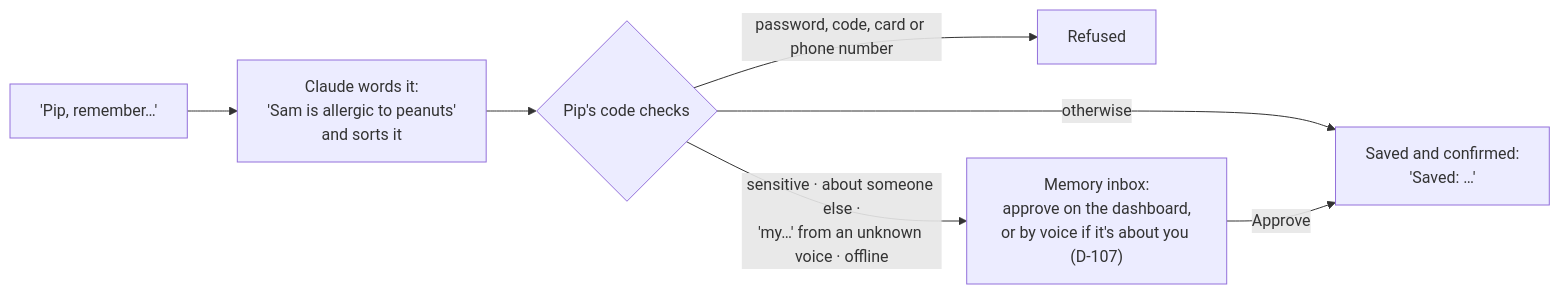
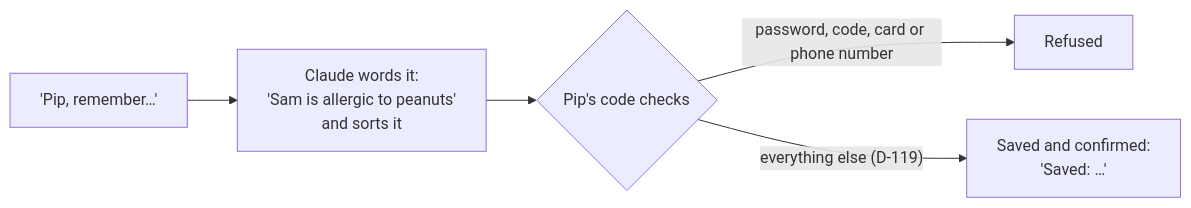
Before and after one commit to LandenHeine17/pip: the second of 9 diagrams in docs/PIP-SPEC.md, drawn with Mermaid. The commit also changed other lines of this file and 8 other files, not shown here.

First line of the commit message:
Every memory is saved straight away (D-119)

````diff
--- a/docs/PIP-SPEC.md
+++ b/docs/PIP-SPEC.md
@@ -98,9 +98,7 @@
 ```mermaid
 flowchart LR
     A["'Pip, remember…'"] --> C["Claude words it:<br/>'Sam is allergic to peanuts'<br/>and sorts it"]
     C --> K{"Pip's code checks"}
     K -- "password, code, card or phone number" --> R["Refused"]
-    K -- "sensitive · about someone else ·<br/>'my…' from an unknown voice · offline" --> I["Memory inbox:<br/>approve on the dashboard,<br/>or by voice if it's about you (D-107)"]
-    K -- "otherwise" --> S["Saved and confirmed:<br/>'Saved: …'"]
-    I -- "Approve" --> S
+    K -- "everything else (D-119)" --> S["Saved and confirmed:<br/>'Saved: …'"]
 ```
````
